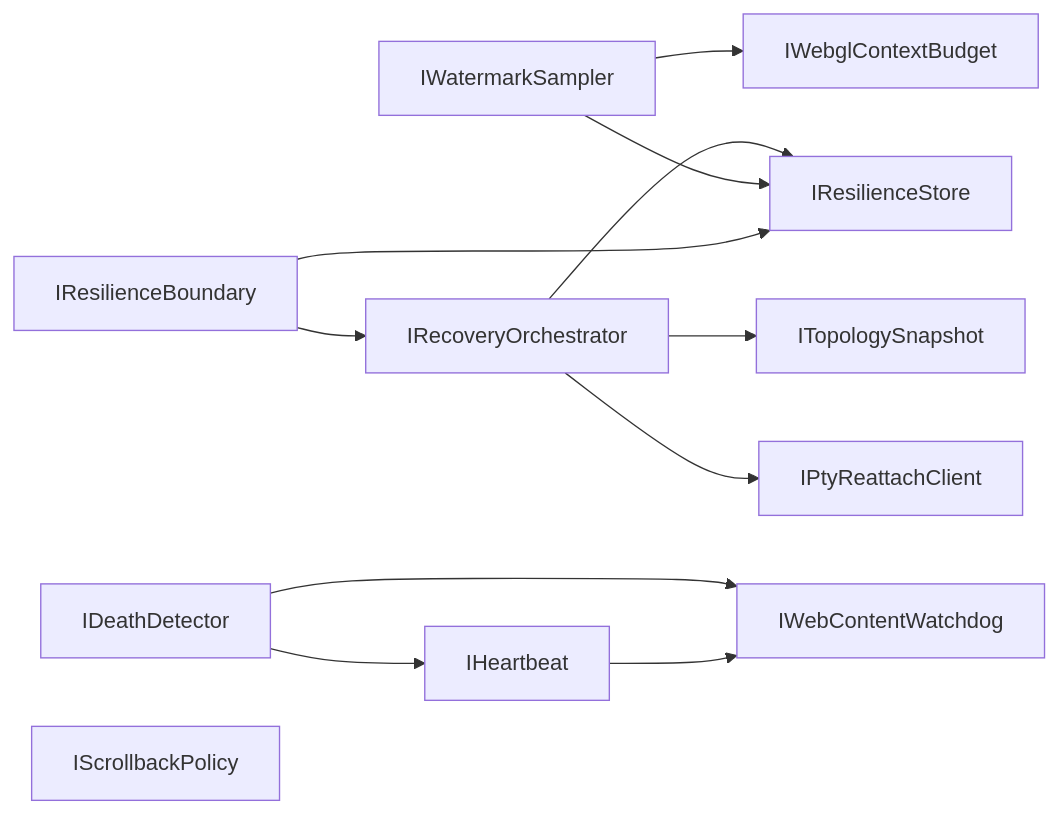
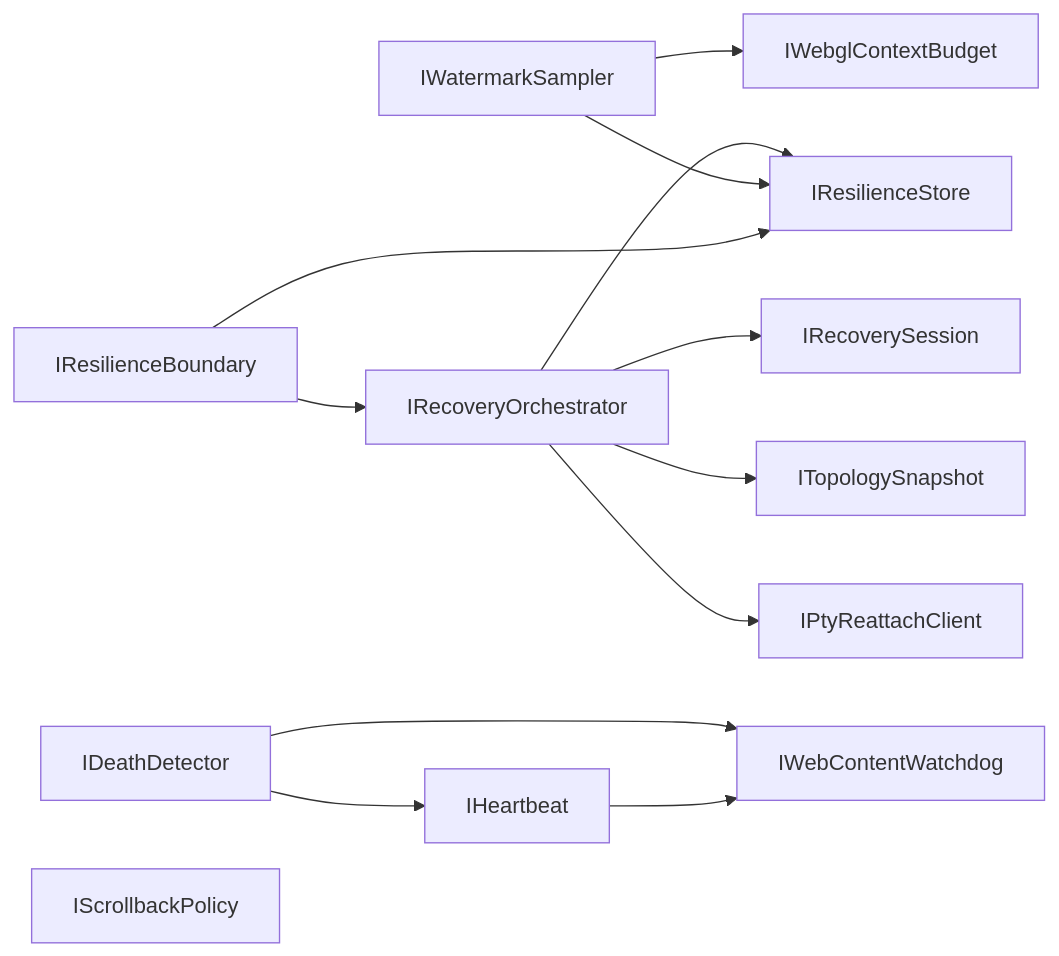
The diagram in ai-artifacts/runs/code/resilience-recovery-15880-14321-23155/architecture.mmd (yes506/canvas-terminal), drawn with Mermaid before and after one commit. The commit also changed 7 other files, not shown here.

```diff
--- a/ai-artifacts/runs/code/resilience-recovery-15880-14321-23155/architecture.mmd
+++ b/ai-artifacts/runs/code/resilience-recovery-15880-14321-23155/architecture.mmd
@@ -1,22 +1,24 @@
 graph LR
   IResilienceBoundary["IResilienceBoundary"]
   IHeartbeat["IHeartbeat"]
   IWebContentWatchdog["IWebContentWatchdog"]
   IWatermarkSampler["IWatermarkSampler"]
   IDeathDetector["IDeathDetector"]
   ITopologySnapshot["ITopologySnapshot"]
   IPtyReattachClient["IPtyReattachClient"]
   IRecoveryOrchestrator["IRecoveryOrchestrator"]
+  IRecoverySession["IRecoverySession"]
   IWebglContextBudget["IWebglContextBudget"]
   IScrollbackPolicy["IScrollbackPolicy"]
   IResilienceStore["IResilienceStore"]
   IResilienceBoundary --> IResilienceStore
   IResilienceBoundary --> IRecoveryOrchestrator
   IHeartbeat --> IWebContentWatchdog
   IWatermarkSampler --> IWebglContextBudget
   IWatermarkSampler --> IResilienceStore
   IDeathDetector --> IHeartbeat
   IDeathDetector --> IWebContentWatchdog
+  IRecoveryOrchestrator --> IRecoverySession
   IRecoveryOrchestrator --> ITopologySnapshot
   IRecoveryOrchestrator --> IPtyReattachClient
   IRecoveryOrchestrator --> IResilienceStore
```
